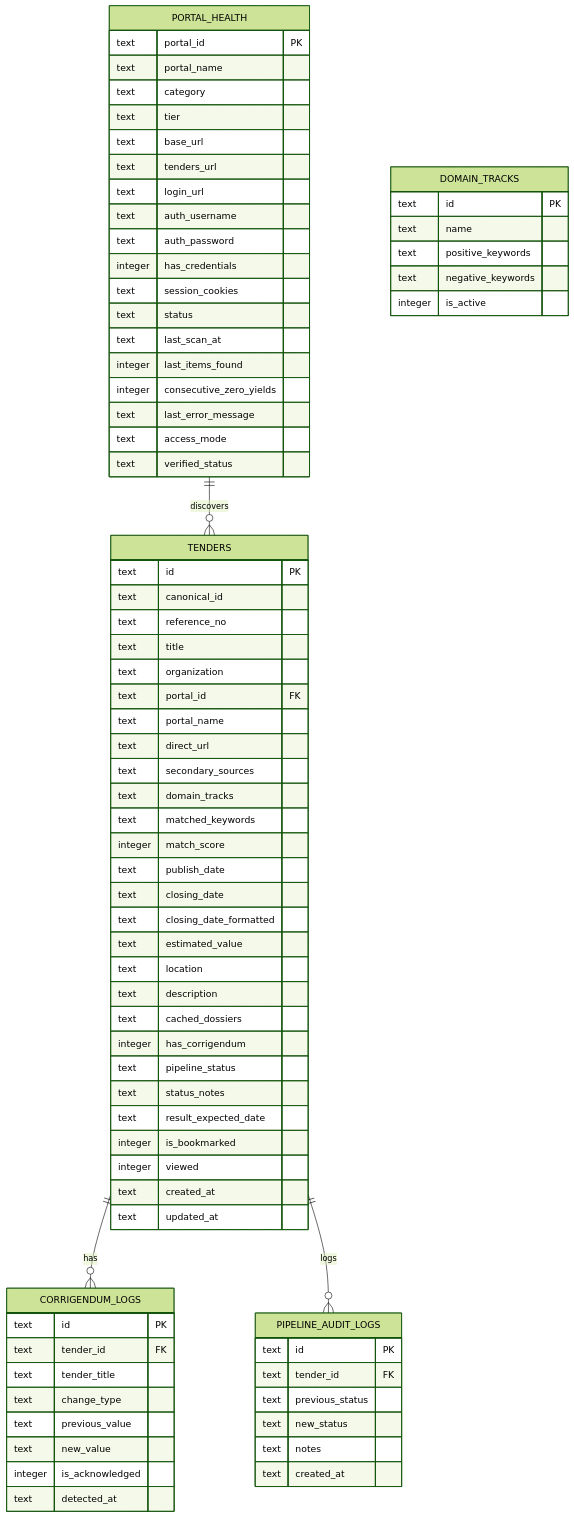
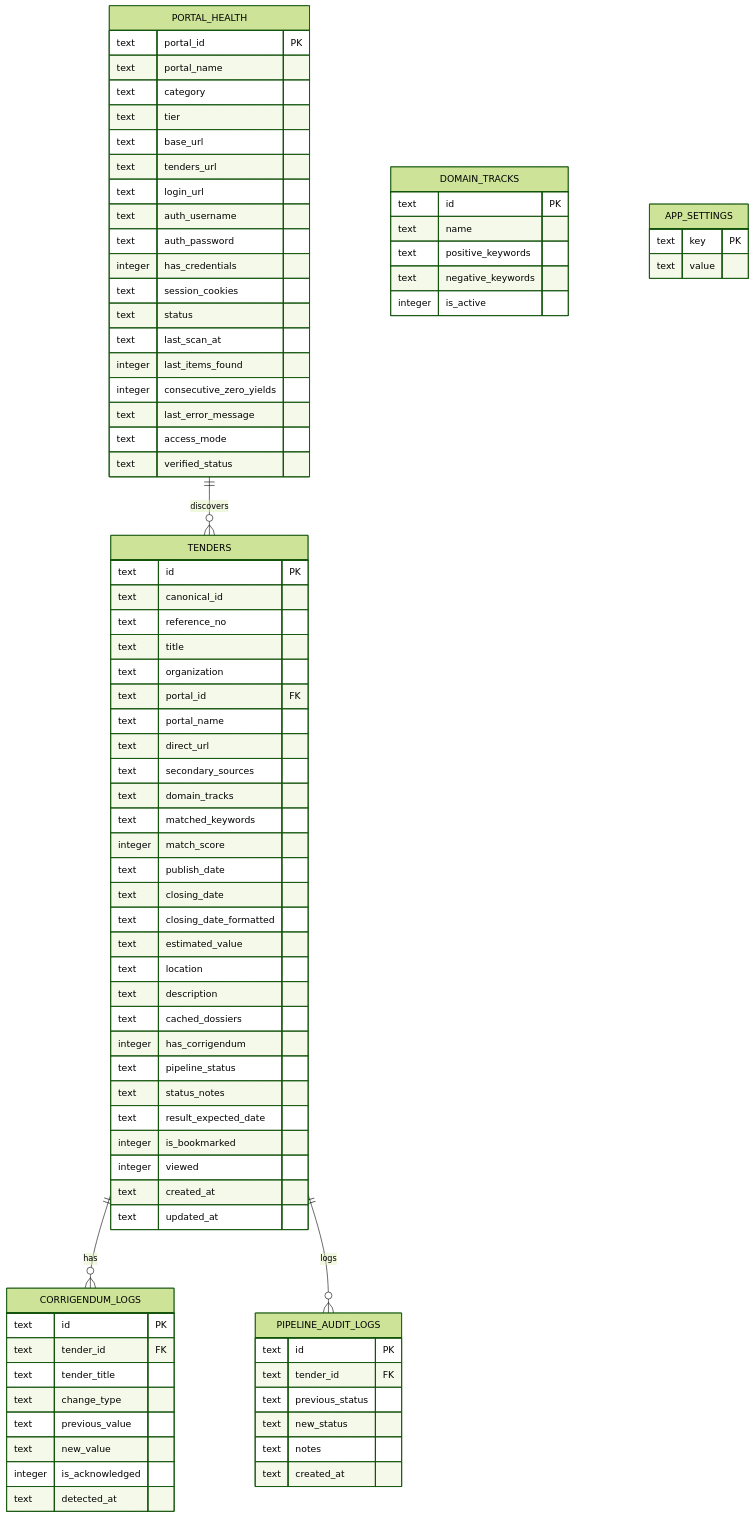
One commit to ahsanabdullah90/Tender-Search changed the diagram in docs/03-database-schema.md. Above: the diagram before and after it, drawn with Mermaid (forest theme). The commit also changed other lines of this file and 20 other files, not shown here.

````diff
--- a/docs/03-database-schema.md
+++ b/docs/03-database-schema.md
@@ -102,4 +102,9 @@
         text access_mode
         text verified_status
     }
+
+    APP_SETTINGS {
+        text key PK
+        text value
+    }
 ```
````
